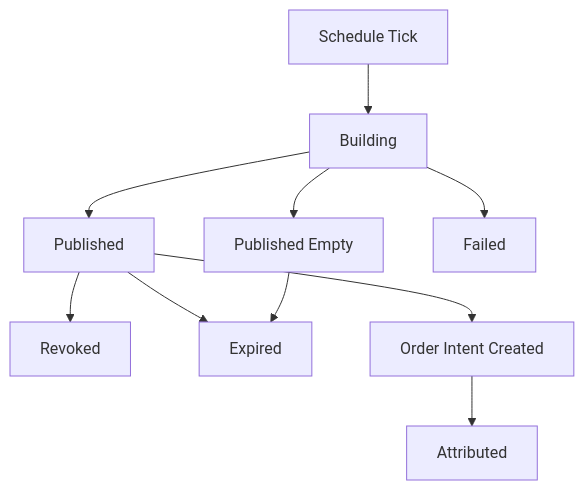
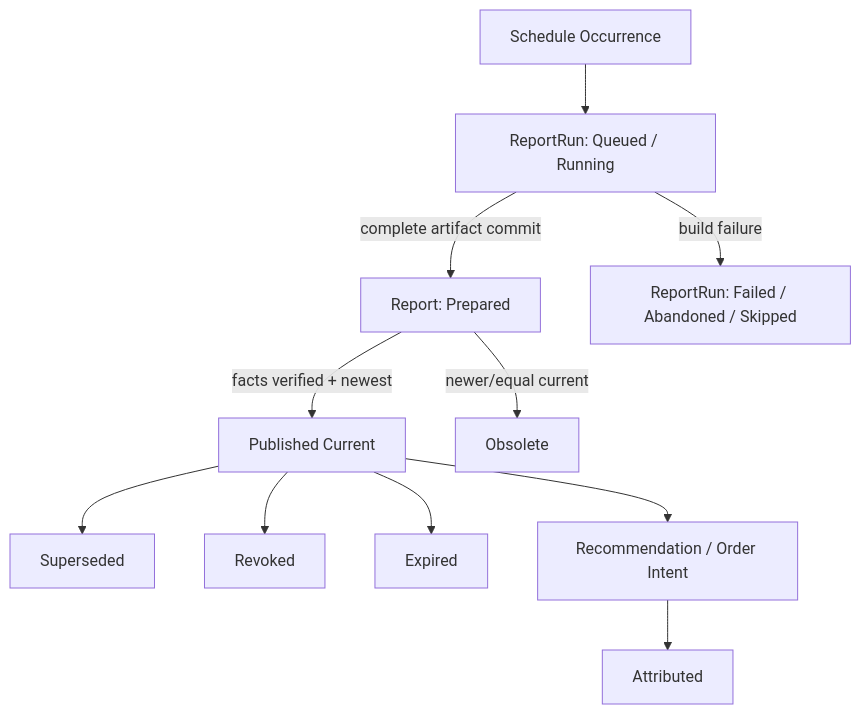
Before and after one commit to solomon-ssy/oxide-arb: the diagram in docs/plans/quant-pivot/04-topn-report-and-recommendation.md, drawn with Mermaid. The commit also changed other lines of this file and 154 other files, not shown here.

Commit message:
feat(core,models,repository,web,test-support,docs,config): 🔁 Phase 11.8 — ReportRun ledger, PG schedule coordinator, Prepared→Published lifecycle, and drop in-process scheduler

````diff
--- a/docs/plans/quant-pivot/04-topn-report-and-recommendation.md
+++ b/docs/plans/quant-pivot/04-topn-report-and-recommendation.md
@@ -25,12 +30,13 @@
 ```mermaid
 flowchart TD
-    Scheduled["Schedule Tick"] --> Building["Building"]
-    Building --> Published["Published"]
-    Building --> Empty["Published Empty"]
-    Building --> Failed["Failed"]
+    Scheduled["Schedule Occurrence"] --> Run["ReportRun: Queued / Running"]
+    Run -->|complete artifact commit| Prepared["Report: Prepared"]
+    Run -->|build failure| RunFailed["ReportRun: Failed / Abandoned / Skipped"]
+    Prepared -->|facts verified + newest| Published["Published Current"]
+    Prepared -->|newer/equal current| Obsolete["Obsolete"]
+    Published --> Superseded["Superseded"]
     Published --> Revoked["Revoked"]
     Published --> Expired["Expired"]
-    Published --> IntentCreated["Order Intent Created"]
+    Published --> IntentCreated["Recommendation / Order Intent"]
     IntentCreated --> Attributed["Attributed"]
-    Empty --> Expired
 ```
````
